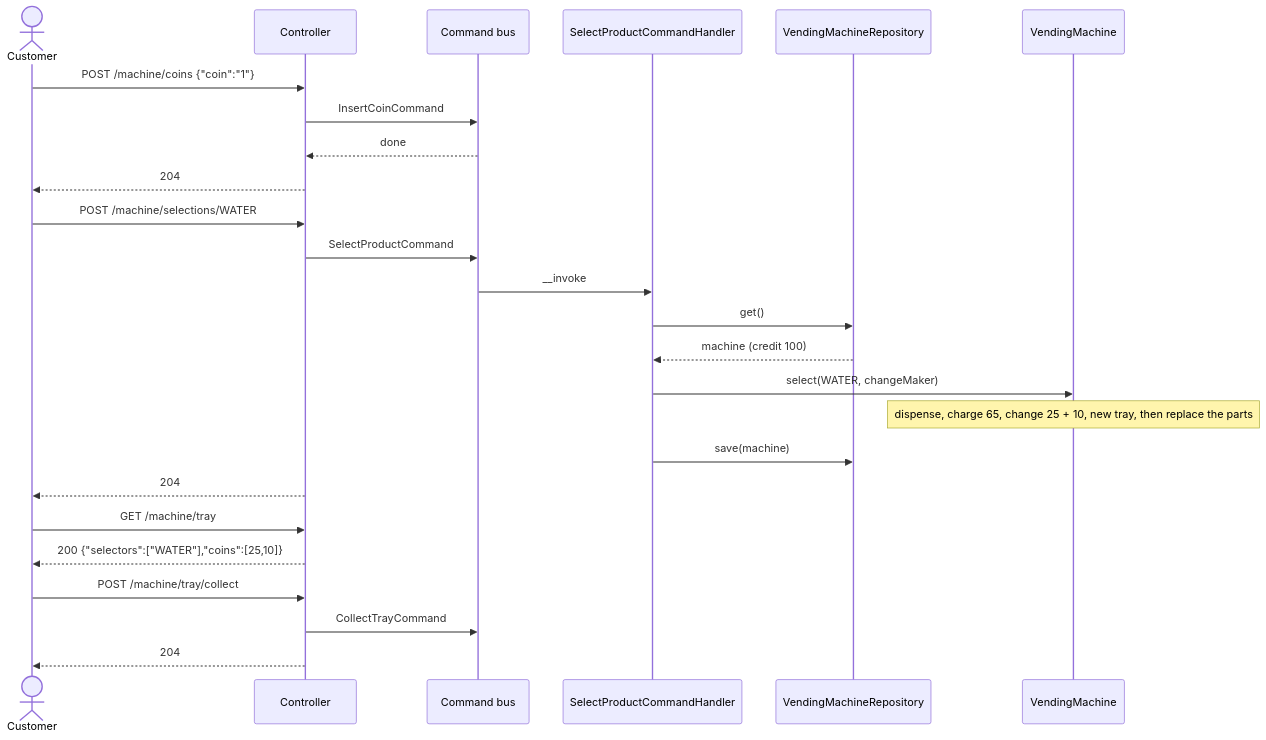
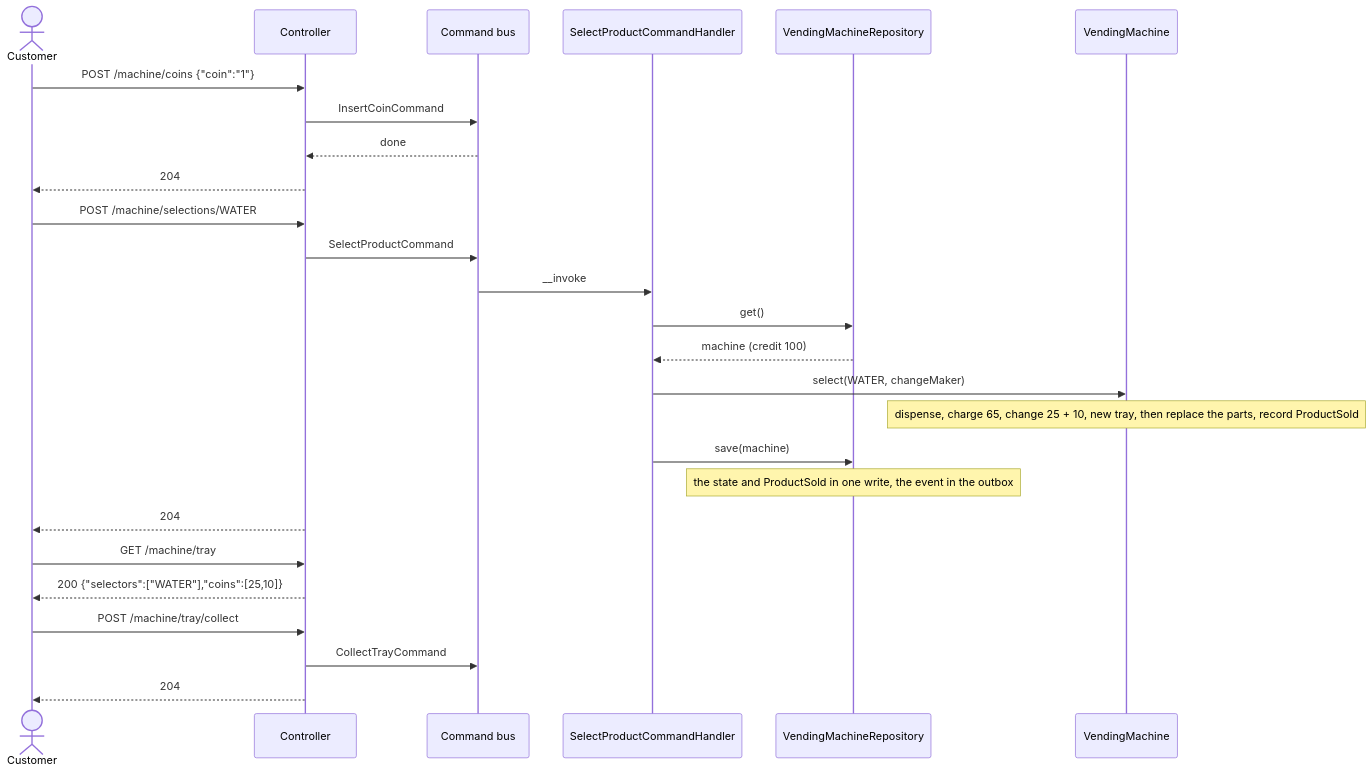
Before and after one commit to prubiella/vending-machine-challenge: the fifth of 9 diagrams in docs/design.md, drawn with Mermaid. The commit also changed other lines of this file and 14 other files, not shown here.

First line of the commit message:
feat(history): relay the outbox to a machine history in MySQL

````diff
--- a/docs/design.md
+++ b/docs/design.md
@@ -289,27 +289,28 @@
 ```mermaid
 sequenceDiagram
     actor Customer
     participant API as Controller
     participant Bus as Command bus
     participant Handler as SelectProductCommandHandler
     participant Repo as VendingMachineRepository
     participant Machine as VendingMachine
     Customer->>API: POST /machine/coins {"coin":"1"}
     API->>Bus: InsertCoinCommand
     Bus-->>API: done
     API-->>Customer: 204
     Customer->>API: POST /machine/selections/WATER
     API->>Bus: SelectProductCommand
     Bus->>Handler: __invoke
     Handler->>Repo: get()
     Repo-->>Handler: machine (credit 100)
     Handler->>Machine: select(WATER, changeMaker)
-    Note over Machine: dispense, charge 65, change 25 + 10, new tray, then replace the parts
+    Note over Machine: dispense, charge 65, change 25 + 10, new tray, then replace the parts, record ProductSold
     Handler->>Repo: save(machine)
+    Note over Repo: the state and ProductSold in one write, the event in the outbox
     API-->>Customer: 204
     Customer->>API: GET /machine/tray
     API-->>Customer: 200 {"selectors":["WATER"],"coins":[25,10]}
     Customer->>API: POST /machine/tray/collect
     API->>Bus: CollectTrayCommand
     API-->>Customer: 204
 ```
````
